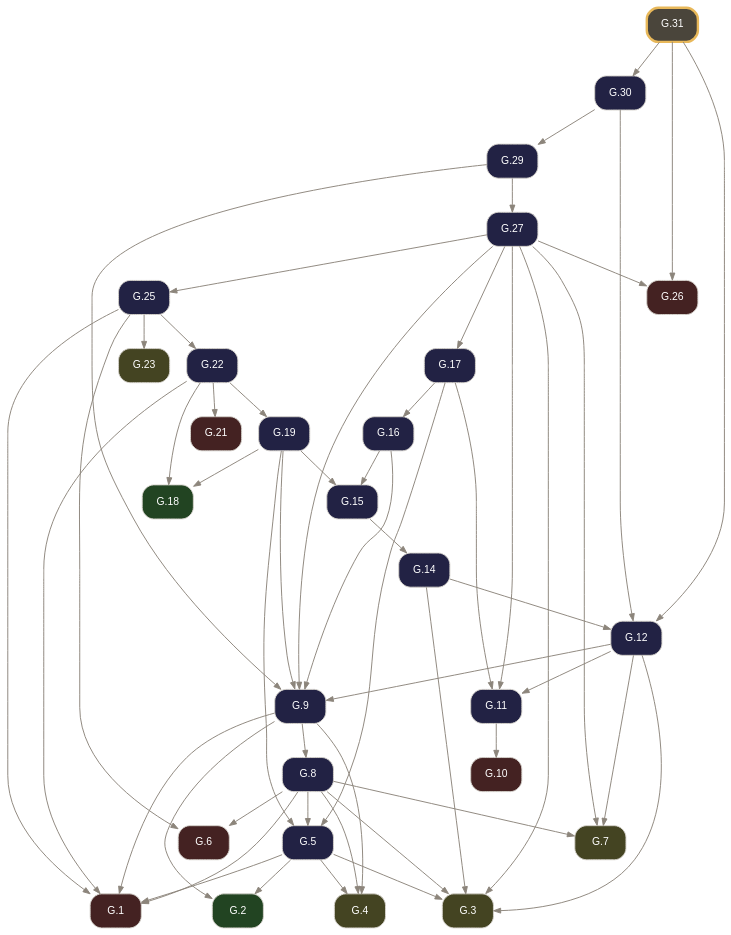
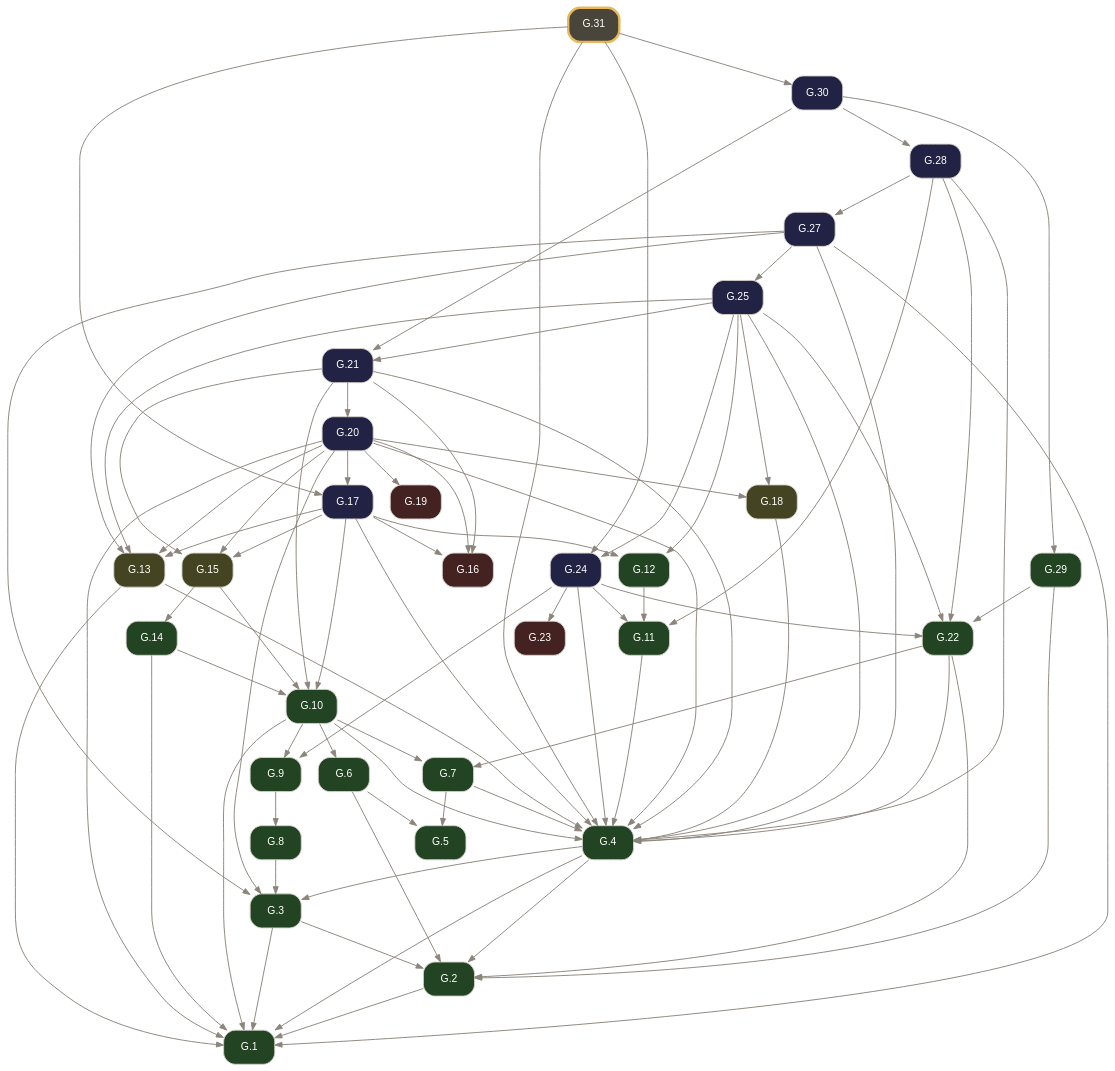
The diagram in docsrc/elements2/G.31/index.rst (geometor/elements), drawn with Graphviz before and after one commit. The commit also changed other lines of this file and 2974 other files, not shown here.

Commit message:
feat(elements2): wire defined terms, short verb titles, coincidence operator, and 2-point circle notation (v0.4.0)

```diff
--- a/docsrc/elements2/G.31/index.rst
+++ b/docsrc/elements2/G.31/index.rst
@@ -98,84 +72,113 @@
      node [shape=box, style="rounded,filled", fontname="Helvetica", fontsize=11, color="#d6d3cd", fontcolor="#ffffff"];
      edge [color="#8c857b", fontcolor="#8c857b", arrowsize=0.75];
      rankdir="TB";
-     "G.1" [label="G.1", tooltip="G.1 (I.cn.1): Things equal to the same thing are equal to one another.", fillcolor="#442222", URL="../G.1/index.html", target="_top"];
-     "G.2" [label="G.2", tooltip="G.2 (I.def.15): A circle is a plane figure contained by one line such that all segments falling upon it from its center are equal.", fillcolor="#224422", URL="../G.2/index.html", target="_top"];
-     "G.3" [label="G.3", tooltip="G.3 (I.post.1): Construct a segment between any two points.", fillcolor="#444422", URL="../G.3/index.html", target="_top"];
-     "G.4" [label="G.4", tooltip="G.4 (I.post.3): Construct a circle with any center and radius.", fillcolor="#444422", URL="../G.4/index.html", target="_top"];
-     "G.5" [label="G.5", tooltip="G.5 (I.1): Construct an equilateral triangle on a given finite segment.", fillcolor="#222244", URL="../G.5/index.html", target="_top"];
-     "G.6" [label="G.6", tooltip="G.6 (I.cn.3): If equals are subtracted from equals, the remainders are equal.", fillcolor="#442222", URL="../G.6/index.html", target="_top"];
-     "G.7" [label="G.7", tooltip="G.7 (I.post.2): Extend a finite segment continuously in a straight line.", fillcolor="#444422", URL="../G.7/index.html", target="_top"];
-     "G.8" [label="G.8", tooltip="G.8 (I.2): Construct at a given point a segment equal to a given segment.", fillcolor="#222244", URL="../G.8/index.html", target="_top"];
-     "G.9" [label="G.9", tooltip="G.9 (I.3): Cut off from the greater of two unequal segments a segment equal to the less.", fillcolor="#222244", URL="../G.9/index.html", target="_top"];
-     "G.10" [label="G.10", tooltip="G.10 (I.cn.4): Things that coincide with one another are equal.", fillcolor="#442222", URL="../G.10/index.html", target="_top"];
-     "G.11" [label="G.11", tooltip="G.11 (I.4): Triangles with two sides and the included angle equal are congruent (SAS).", fillcolor="#222244", URL="../G.11/index.html", target="_top"];
-     "G.12" [label="G.12", tooltip="G.12 (I.5): In an isosceles triangle, the angles at the base are equal, and if the equal sides are extended, the angles under the base are equal.", fillcolor="#222244", URL="../G.12/index.html", target="_top"];
-     "G.14" [label="G.14", tooltip="G.14 (I.7): On the same segment and on the same side, there cannot be constructed two distinct triangles with both pairs of conterminous sides equal.", fillcolor="#222244", URL="../G.14/index.html", target="_top"];
-     "G.15" [label="G.15", tooltip="G.15 (I.8): Triangles with all three corresponding sides equal have their corresponding angles equal (SSS).", fillcolor="#222244", URL="../G.15/index.html", target="_top"];
-     "G.16" [label="G.16", tooltip="G.16 (I.9): Bisect a given angle.", fillcolor="#222244", URL="../G.16/index.html", target="_top"];
-     "G.17" [label="G.17", tooltip="G.17 (I.10): Bisect a given finite segment.", fillcolor="#222244", URL="../G.17/index.html", target="_top"];
-     "G.18" [label="G.18", tooltip="G.18 (I.def.10): When a straight line standing on a straight line makes the adjacent angles equal, each of the equal angles is a right angle, and the standing line is perpendicular to that on which...", fillcolor="#224422", URL="../G.18/index.html", target="_top"];
-     "G.19" [label="G.19", tooltip="G.19 (I.11): Construct a line at right angles to a given line from a given point on it.", fillcolor="#222244", URL="../G.19/index.html", target="_top"];
-     "G.21" [label="G.21", tooltip="G.21 (I.cn.2): If equals are added to equals, the wholes are equal.", fillcolor="#442222", URL="../G.21/index.html", target="_top"];
-     "G.22" [label="G.22", tooltip="G.22 (I.13): A ray standing on a line makes either two right angles or adjacent angles summing to two right angles.", fillcolor="#222244", URL="../G.22/index.html", target="_top"];
-     "G.23" [label="G.23", tooltip="G.23 (I.post.4): All right angles are equal.", fillcolor="#444422", URL="../G.23/index.html", target="_top"];
-     "G.25" [label="G.25", tooltip="G.25 (I.15): Intersecting lines make their vertical angles equal.", fillcolor="#222244", URL="../G.25/index.html", target="_top"];
-     "G.26" [label="G.26", tooltip="G.26 (I.cn.5): The whole is greater than the part.", fillcolor="#442222", URL="../G.26/index.html", target="_top"];
-     "G.27" [label="G.27", tooltip="G.27 (I.16): In any triangle, if one side is extended, the exterior angle is greater than either opposite interior angle.", fillcolor="#222244", URL="../G.27/index.html", target="_top"];
-     "G.29" [label="G.29", tooltip="G.29 (I.18): In any triangle, the greater side subtends the greater angle.", fillcolor="#222244", URL="../G.29/index.html", target="_top"];
-     "G.30" [label="G.30", tooltip="G.30 (I.19): In any triangle, the greater angle is subtended by the greater side.", fillcolor="#222244", URL="../G.30/index.html", target="_top"];
-     "G.31" [label="G.31", tooltip="G.31 (I.20): In any triangle, the sum of any two sides is greater than the remaining side.", penwidth=2.5, color="#e8b85a", fillcolor="#4a453b", URL="index.html", target="_top"];
-     "G.5" -> "G.1";
-     "G.8" -> "G.1";
-     "G.9" -> "G.1";
-     "G.22" -> "G.1";
-     "G.25" -> "G.1";
-     "G.5" -> "G.2";
-     "G.9" -> "G.2";
-     "G.5" -> "G.3";
+     "G.1" [label="G.1", tooltip="G.1 (I.def.1): A point A is that which has no part.", fillcolor="#224422", URL="../G.1/index.html", target="_top"];
+     "G.2" [label="G.2", tooltip="G.2 (I.def.2): A line [ A B ] is a projection of a relationship of two points A, B.", fillcolor="#224422", URL="../G.2/index.html", target="_top"];
+     "G.3" [label="G.3", tooltip="G.3 (I.def.3): The extremities of a segment / A B / are points A, B.", fillcolor="#224422", URL="../G.3/index.html", target="_top"];
+     "G.4" [label="G.4", tooltip="G.4 (I.def.4): A segment / A B / is a portion of a line [ A B ] between two points A, B on the line.", fillcolor="#224422", URL="../G.4/index.html", target="_top"];
+     "G.5" [label="G.5", tooltip="G.5 (I.def.5): A surface is that which has length and breadth only.", fillcolor="#224422", URL="../G.5/index.html", target="_top"];
+     "G.6" [label="G.6", tooltip="G.6 (I.def.6): The extremities of a surface are lines or arcs.", fillcolor="#224422", URL="../G.6/index.html", target="_top"];
+     "G.7" [label="G.7", tooltip="G.7 (I.def.7): A plane surface lies evenly with the lines on itself.", fillcolor="#224422", URL="../G.7/index.html", target="_top"];
+     "G.8" [label="G.8", tooltip="G.8 (I.def.13): A boundary is the extremity of anything.", fillcolor="#224422", URL="../G.8/index.html", target="_top"];
+     "G.9" [label="G.9", tooltip="G.9 (I.def.14): A figure is that which is contained by any boundary or boundaries.", fillcolor="#224422", URL="../G.9/index.html", target="_top"];
+     "G.10" [label="G.10", tooltip="G.10 (I.def.15): A circle ( A B ) is a plane figure contained by one arc defined by a center A and a point B establishing its defining radius / A B /, such that all segments / A B /, / A C /, / A D...", fillcolor="#224422", URL="../G.10/index.html", target="_top"];
+     "G.11" [label="G.11", tooltip="G.11 (I.def.19): Rectilineal figures are contained by segments: trilateral by three, quadrilateral by four, and multilateral by more than four.", fillcolor="#224422", URL="../G.11/index.html", target="_top"];
+     "G.12" [label="G.12", tooltip="G.12 (I.def.20): Of trilateral figures, an equilateral triangle < A B C > has three equal sides, an isosceles triangle < D E F > has two equal sides, and a scalene triangle < G H K > has three uneq...", fillcolor="#224422", URL="../G.12/index.html", target="_top"];
+     "G.13" [label="G.13", tooltip="G.13 (I.post.1): Construct a segment / A B / between any two points A, B.", fillcolor="#444422", URL="../G.13/index.html", target="_top"];
+     "G.14" [label="G.14", tooltip="G.14 (I.def.16): The point A within the circle ( A B ) from which all segments / A B /, / A C / to the arc are equal is called the center of the circle.", fillcolor="#224422", URL="../G.14/index.html", target="_top"];
+     "G.15" [label="G.15", tooltip="G.15 (I.post.3): Construct a circle ( A B ) with center A and defining radius point B.", fillcolor="#444422", URL="../G.15/index.html", target="_top"];
+     "G.16" [label="G.16", tooltip="G.16 (I.cn.1): Things equal to the same thing are equal to one another.", fillcolor="#442222", URL="../G.16/index.html", target="_top"];
+     "G.17" [label="G.17", tooltip="G.17 (I.1): Construct an equilateral triangle on a given segment.", fillcolor="#222244", URL="../G.17/index.html", target="_top"];
+     "G.18" [label="G.18", tooltip="G.18 (I.post.2): Extend a segment / A B / continuously along a line [ A B ] to / B C /.", fillcolor="#444422", URL="../G.18/index.html", target="_top"];
+     "G.19" [label="G.19", tooltip="G.19 (I.cn.3): If equals are subtracted from equals, the remainders are equal.", fillcolor="#442222", URL="../G.19/index.html", target="_top"];
+     "G.20" [label="G.20", tooltip="G.20 (I.2): Construct at a given point a segment equal to a given segment.", fillcolor="#222244", URL="../G.20/index.html", target="_top"];
+     "G.21" [label="G.21", tooltip="G.21 (I.3): Cut off from the greater of two unequal segments a segment equal to the less.", fillcolor="#222244", URL="../G.21/index.html", target="_top"];
+     "G.22" [label="G.22", tooltip="G.22 (I.def.8): A plane angle is the inclination to one another of two lines or arcs in a plane that meet and do not lie on the same line.", fillcolor="#224422", URL="../G.22/index.html", target="_top"];
+     "G.23" [label="G.23", tooltip="G.23 (I.cn.4): Things / A B /, / D E / that coincide with one another are equal to one another.", fillcolor="#442222", URL="../G.23/index.html", target="_top"];
+     "G.24" [label="G.24", tooltip="G.24 (I.4): Triangles with two sides and the included angle equal are congruent (SAS).", fillcolor="#222244", URL="../G.24/index.html", target="_top"];
+     "G.25" [label="G.25", tooltip="G.25 (I.5): In an isosceles triangle, the angles at the base are equal, and if the equal sides are extended, the angles under the base are equal.", fillcolor="#222244", URL="../G.25/index.html", target="_top"];
+     "G.27" [label="G.27", tooltip="G.27 (I.7): On the same segment and on the same side, there cannot be constructed two distinct triangles with both pairs of conterminous sides equal.", fillcolor="#222244", URL="../G.27/index.html", target="_top"];
+     "G.28" [label="G.28", tooltip="G.28 (I.8): Triangles with all three corresponding sides equal have their corresponding angles equal (SSS).", fillcolor="#222244", URL="../G.28/index.html", target="_top"];
+     "G.29" [label="G.29", tooltip="G.29 (I.def.9): A rectilineal angle is contained by two segments or lines.", fillcolor="#224422", URL="../G.29/index.html", target="_top"];
+     "G.30" [label="G.30", tooltip="G.30 (I.9): Bisect a given angle.", fillcolor="#222244", URL="../G.30/index.html", target="_top"];
+     "G.31" [label="G.31", tooltip="G.31 (I.10): Bisect a given segment.", penwidth=2.5, color="#e8b85a", fillcolor="#4a453b", URL="index.html", target="_top"];
+     "G.2" -> "G.1";
+     "G.3" -> "G.1";
+     "G.4" -> "G.1";
+     "G.10" -> "G.1";
+     "G.13" -> "G.1";
+     "G.14" -> "G.1";
+     "G.20" -> "G.1";
+     "G.27" -> "G.1";
+     "G.3" -> "G.2";
+     "G.4" -> "G.2";
+     "G.6" -> "G.2";
+     "G.22" -> "G.2";
+     "G.29" -> "G.2";
+     "G.4" -> "G.3";
      "G.8" -> "G.3";
-     "G.12" -> "G.3";
-     "G.14" -> "G.3";
+     "G.20" -> "G.3";
      "G.27" -> "G.3";
-     "G.5" -> "G.4";
-     "G.8" -> "G.4";
-     "G.9" -> "G.4";
-     "G.8" -> "G.5";
-     "G.17" -> "G.5";
-     "G.19" -> "G.5";
-     "G.8" -> "G.6";
-     "G.25" -> "G.6";
-     "G.8" -> "G.7";
-     "G.12" -> "G.7";
-     "G.27" -> "G.7";
+     "G.7" -> "G.4";
+     "G.10" -> "G.4";
+     "G.11" -> "G.4";
+     "G.13" -> "G.4";
+     "G.17" -> "G.4";
+     "G.18" -> "G.4";
+     "G.20" -> "G.4";
+     "G.21" -> "G.4";
+     "G.22" -> "G.4";
+     "G.24" -> "G.4";
+     "G.25" -> "G.4";
+     "G.27" -> "G.4";
+     "G.28" -> "G.4";
+     "G.31" -> "G.4";
+     "G.6" -> "G.5";
+     "G.7" -> "G.5";
+     "G.10" -> "G.6";
+     "G.10" -> "G.7";
+     "G.22" -> "G.7";
      "G.9" -> "G.8";
-     "G.12" -> "G.9";
-     "G.16" -> "G.9";
-     "G.19" -> "G.9";
-     "G.27" -> "G.9";
-     "G.29" -> "G.9";
-     "G.11" -> "G.10";
+     "G.10" -> "G.9";
+     "G.24" -> "G.9";
+     "G.14" -> "G.10";
+     "G.15" -> "G.10";
+     "G.17" -> "G.10";
+     "G.21" -> "G.10";
      "G.12" -> "G.11";
-     "G.17" -> "G.11";
-     "G.27" -> "G.11";
-     "G.14" -> "G.12";
-     "G.30" -> "G.12";
-     "G.31" -> "G.12";
+     "G.24" -> "G.11";
+     "G.28" -> "G.11";
+     "G.17" -> "G.12";
+     "G.25" -> "G.12";
+     "G.17" -> "G.13";
+     "G.20" -> "G.13";
+     "G.25" -> "G.13";
+     "G.27" -> "G.13";
      "G.15" -> "G.14";
-     "G.16" -> "G.15";
-     "G.19" -> "G.15";
+     "G.17" -> "G.15";
+     "G.20" -> "G.15";
+     "G.21" -> "G.15";
      "G.17" -> "G.16";
-     "G.27" -> "G.17";
-     "G.19" -> "G.18";
-     "G.22" -> "G.18";
-     "G.22" -> "G.19";
-     "G.22" -> "G.21";
+     "G.20" -> "G.16";
+     "G.21" -> "G.16";
+     "G.20" -> "G.17";
+     "G.31" -> "G.17";
+     "G.20" -> "G.18";
+     "G.25" -> "G.18";
+     "G.20" -> "G.19";
+     "G.21" -> "G.20";
+     "G.25" -> "G.21";
+     "G.30" -> "G.21";
+     "G.24" -> "G.22";
      "G.25" -> "G.22";
-     "G.25" -> "G.23";
+     "G.28" -> "G.22";
+     "G.29" -> "G.22";
+     "G.24" -> "G.23";
+     "G.25" -> "G.24";
+     "G.31" -> "G.24";
      "G.27" -> "G.25";
-     "G.27" -> "G.26";
-     "G.31" -> "G.26";
-     "G.29" -> "G.27";
+     "G.28" -> "G.27";
+     "G.30" -> "G.28";
      "G.30" -> "G.29";
      "G.31" -> "G.30";
    }
```
